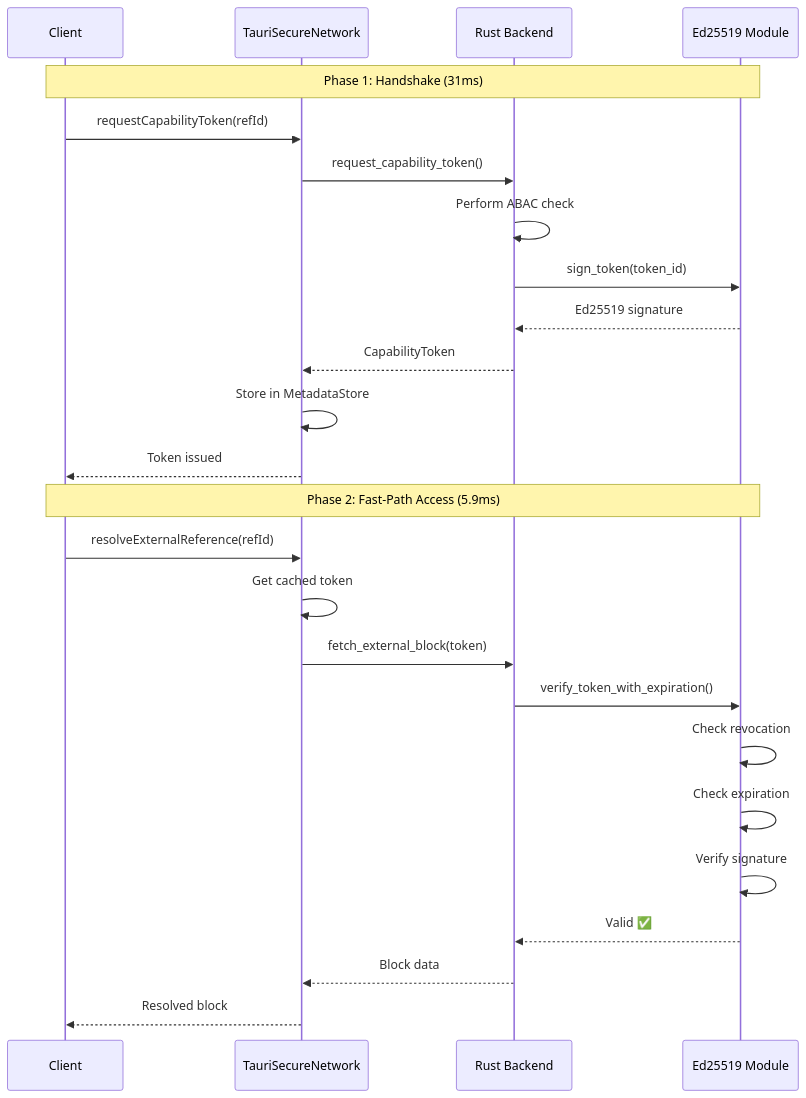
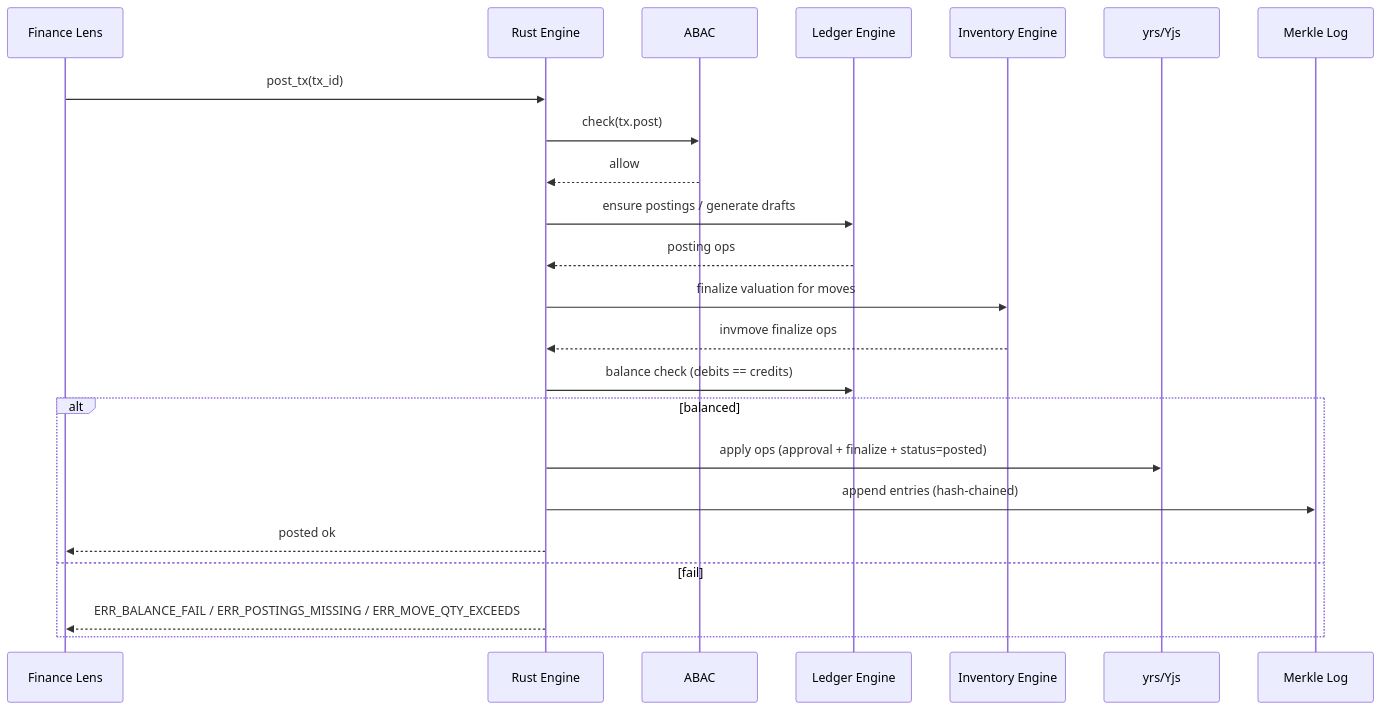
Before and after one commit to kirk-dot-com/corngr: the fourth of 5 diagrams in ARCHITECTURE.md, drawn with Mermaid. The commit also changed other lines of this file and 3 other files, not shown here.

````diff
--- a/ARCHITECTURE.md
+++ b/ARCHITECTURE.md
@@ -163,29 +204,26 @@
 ```mermaid
 sequenceDiagram
-    participant Client
-    participant TauriNet as TauriSecureNetwork
-    participant Rust as Rust Backend
-    participant Crypto as Ed25519 Module
-    
-    Note over Client,Crypto: Phase 1: Handshake (31ms)
-    Client->>TauriNet: requestCapabilityToken(refId)
-    TauriNet->>Rust: request_capability_token()
-    Rust->>Rust: Perform ABAC check
-    Rust->>Crypto: sign_token(token_id)
-    Crypto-->>Rust: Ed25519 signature
-    Rust-->>TauriNet: CapabilityToken
-    TauriNet->>TauriNet: Store in MetadataStore
-    TauriNet-->>Client: Token issued
-    
-    Note over Client,Crypto: Phase 2: Fast-Path Access (5.9ms)
-    Client->>TauriNet: resolveExternalReference(refId)
-    TauriNet->>TauriNet: Get cached token
-    TauriNet->>Rust: fetch_external_block(token)
-    Rust->>Crypto: verify_token_with_expiration()
-    Crypto->>Crypto: Check revocation
-    Crypto->>Crypto: Check expiration
-    Crypto->>Crypto: Verify signature
-    Crypto-->>Rust: Valid ✅
-    Rust-->>TauriNet: Block data
-    TauriNet-->>Client: Resolved block
+    participant Finance as Finance Lens
+    participant Engine as Rust Engine
+    participant ABAC as ABAC
+    participant Ledger as Ledger Engine
+    participant Inv as Inventory Engine
+    participant CRDT as yrs/Yjs
+    participant Audit as Merkle Log
+
+    Finance->>Engine: post_tx(tx_id)
+    Engine->>ABAC: check(tx.post)
+    ABAC-->>Engine: allow
+    Engine->>Ledger: ensure postings / generate drafts
+    Ledger-->>Engine: posting ops
+    Engine->>Inv: finalize valuation for moves
+    Inv-->>Engine: invmove finalize ops
+    Engine->>Ledger: balance check (debits == credits)
+    alt balanced
+        Engine->>CRDT: apply ops (approval + finalize + status=posted)
+        Engine->>Audit: append entries (hash-chained)
+        Engine-->>Finance: posted ok
+    else fail
+        Engine-->>Finance: ERR_BALANCE_FAIL / ERR_POSTINGS_MISSING / ERR_MOVE_QTY_EXCEEDS
+    end
 ```
````
